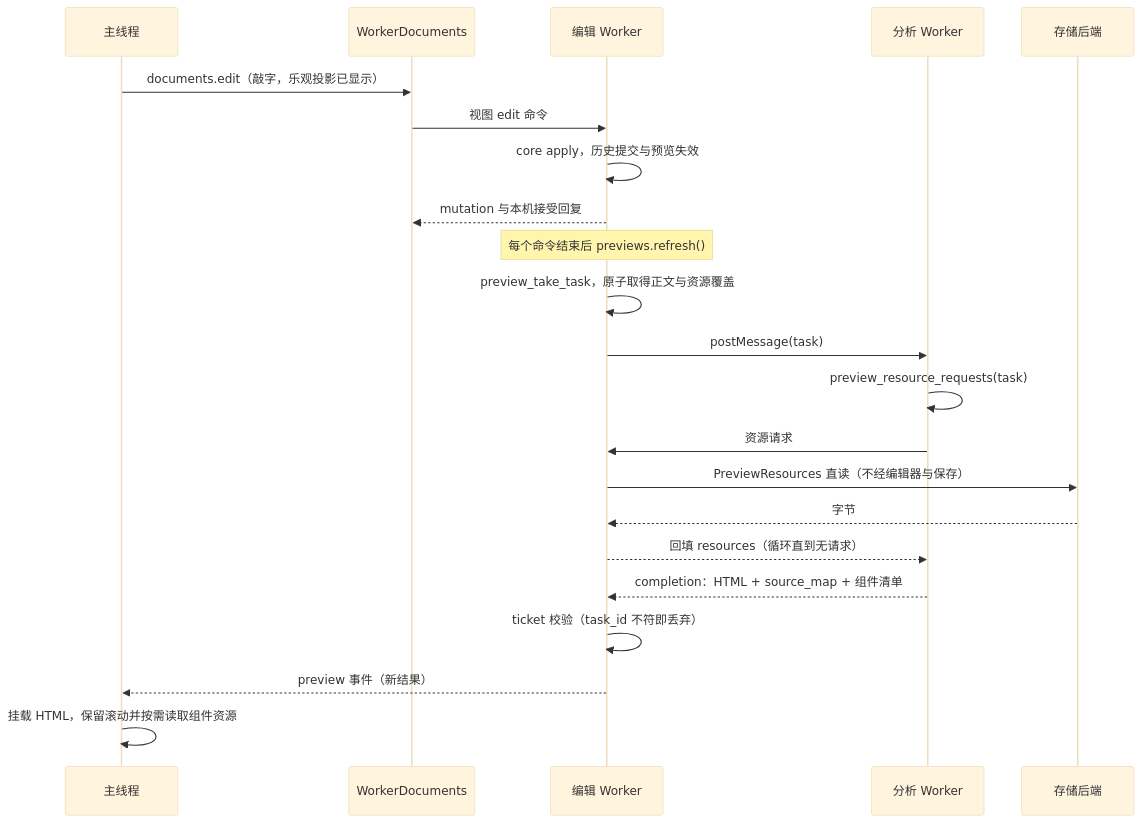
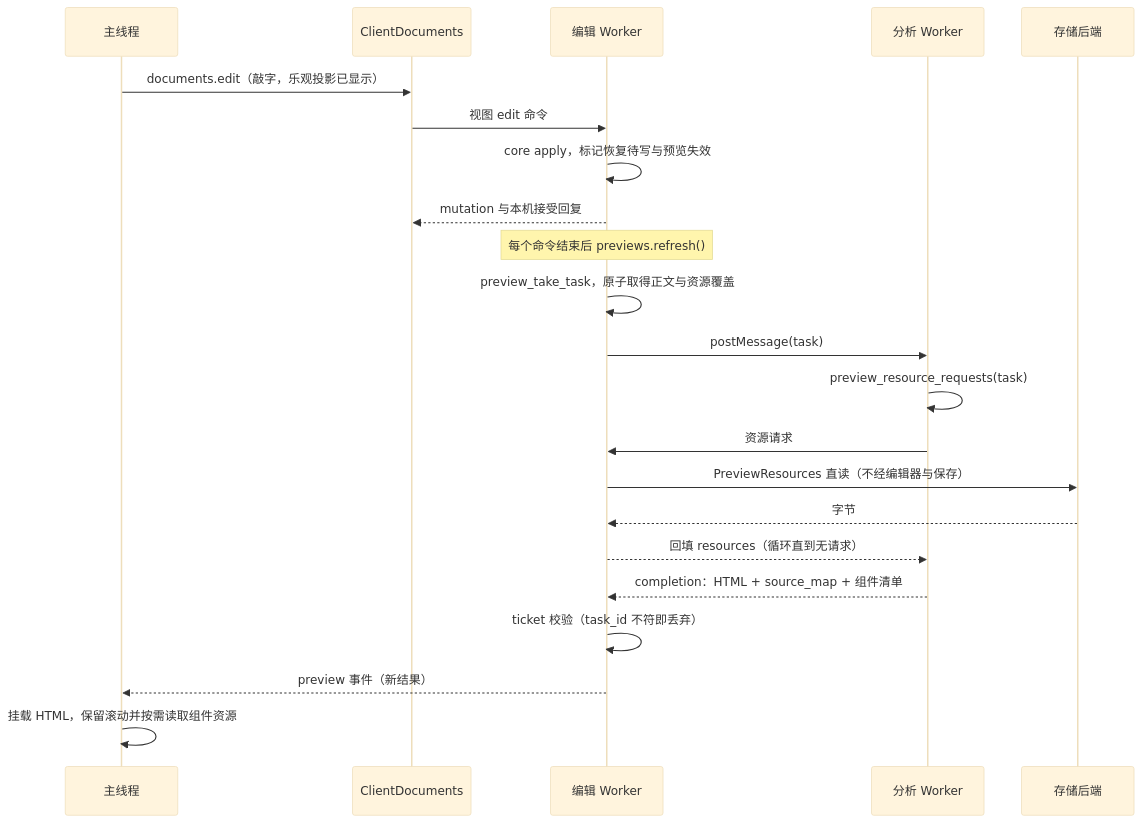
The second of 2 diagrams in docs/core.md (AzurIce/celestite), drawn with Mermaid (base theme) before and after one commit. The commit also changed other lines of this file and 165 other files, not shown here.

````diff
--- a/docs/core.md
+++ b/docs/core.md
@@ -188,25 +193,25 @@
 ```mermaid
 sequenceDiagram
     participant UI as 主线程
-    participant WD as WorkerDocuments
+    participant WD as ClientDocuments
     participant SVC as 编辑 Worker
     participant AW as 分析 Worker
     participant FS as 存储后端
 
     UI->>WD: documents.edit（敲字，乐观投影已显示）
     WD->>SVC: 视图 edit 命令
-    SVC->>SVC: core apply，历史提交与预览失效
+    SVC->>SVC: core apply，标记恢复待写与预览失效
     SVC-->>WD: mutation 与本机接受回复
     Note over SVC: 每个命令结束后 previews.refresh()
     SVC->>SVC: preview_take_task，原子取得正文与资源覆盖
     SVC->>AW: postMessage(task)
     AW->>AW: preview_resource_requests(task)
     AW->>SVC: 资源请求
     SVC->>FS: PreviewResources 直读（不经编辑器与保存）
     FS-->>SVC: 字节
     SVC-->>AW: 回填 resources（循环直到无请求）
     AW-->>SVC: completion：HTML + source_map + 组件清单
     SVC->>SVC: ticket 校验（task_id 不符即丢弃）
     SVC-->>UI: preview 事件（新结果）
     UI->>UI: 挂载 HTML，保留滚动并按需读取组件资源
 ```
````
